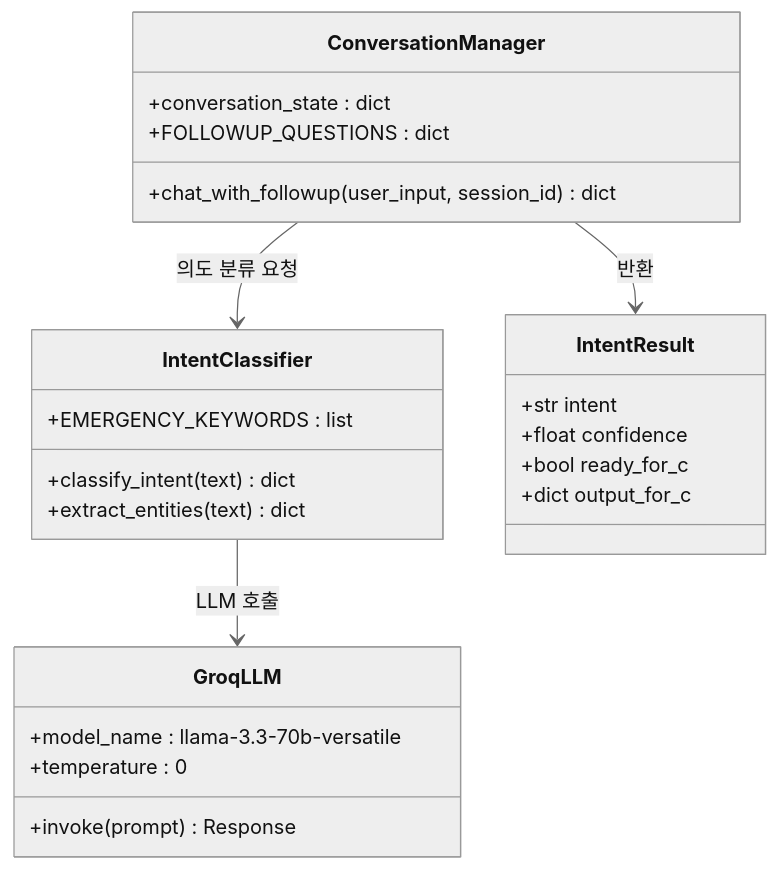
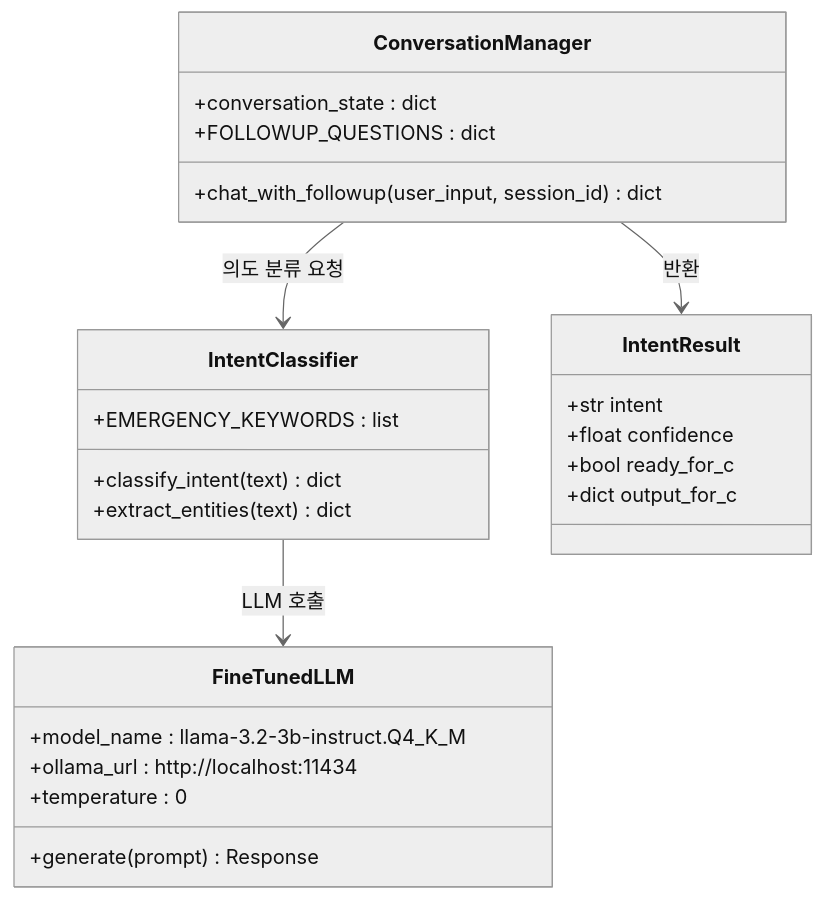
Before and after one commit to lg-hellovision-dx-data-school/LGHelloDoctor: the third of 8 diagrams in docs/diagrams.md, drawn with Mermaid (neutral theme). The commit also changed other lines of this file and 7 other files, not shown here.

````diff
--- a/docs/diagrams.md
+++ b/docs/diagrams.md
@@ -87,31 +87,32 @@
 ```mermaid
 classDiagram
-    class GroqLLM {
-        +model_name : llama-3.3-70b-versatile
+    class FineTunedLLM {
+        +model_name : llama-3.2-3b-instruct.Q4_K_M
+        +ollama_url : http://localhost:11434
         +temperature : 0
-        +invoke(prompt) Response
+        +generate(prompt) Response
     }
 
     class IntentClassifier {
         +EMERGENCY_KEYWORDS : list
         +classify_intent(text) dict
         +extract_entities(text) dict
     }
 
     class ConversationManager {
         +conversation_state : dict
         +FOLLOWUP_QUESTIONS : dict
         +chat_with_followup(user_input, session_id) dict
     }
 
     class IntentResult {
         +str intent
         +float confidence
         +bool ready_for_c
         +dict output_for_c
     }
 
-    IntentClassifier --> GroqLLM : LLM 호출
+    IntentClassifier --> FineTunedLLM : LLM 호출
     ConversationManager --> IntentClassifier : 의도 분류 요청
     ConversationManager --> IntentResult : 반환
 ```
````
